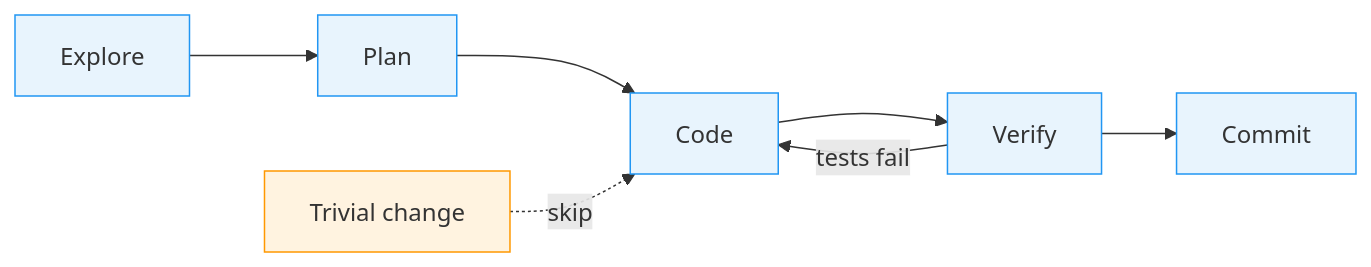
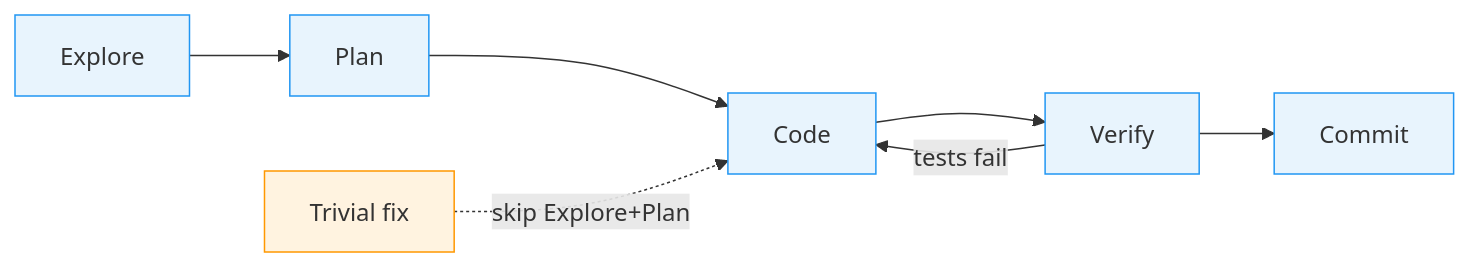
The diagram in docs/best-practices.md (john-wilmes/claude-agentic-coding-playbook), drawn with Mermaid before and after one commit. The commit also changed other lines of this file and 1 other file, not shown here.

````diff
--- a/docs/best-practices.md
+++ b/docs/best-practices.md
@@ -135,13 +135,13 @@
 ```mermaid
 flowchart LR
     E[Explore] --> P[Plan] --> C[Code] --> V[Verify] --> Co[Commit]
     V -->|tests fail| C
-    T[Trivial change] -.->|skip| C
+    T[Trivial fix] -.->|skip Explore+Plan| C
 
     style E fill:#e8f4fd,stroke:#2196f3
     style P fill:#e8f4fd,stroke:#2196f3
     style C fill:#e8f4fd,stroke:#2196f3
     style V fill:#e8f4fd,stroke:#2196f3
     style Co fill:#e8f4fd,stroke:#2196f3
     style T fill:#fff3e0,stroke:#ff9800
 ```
````
